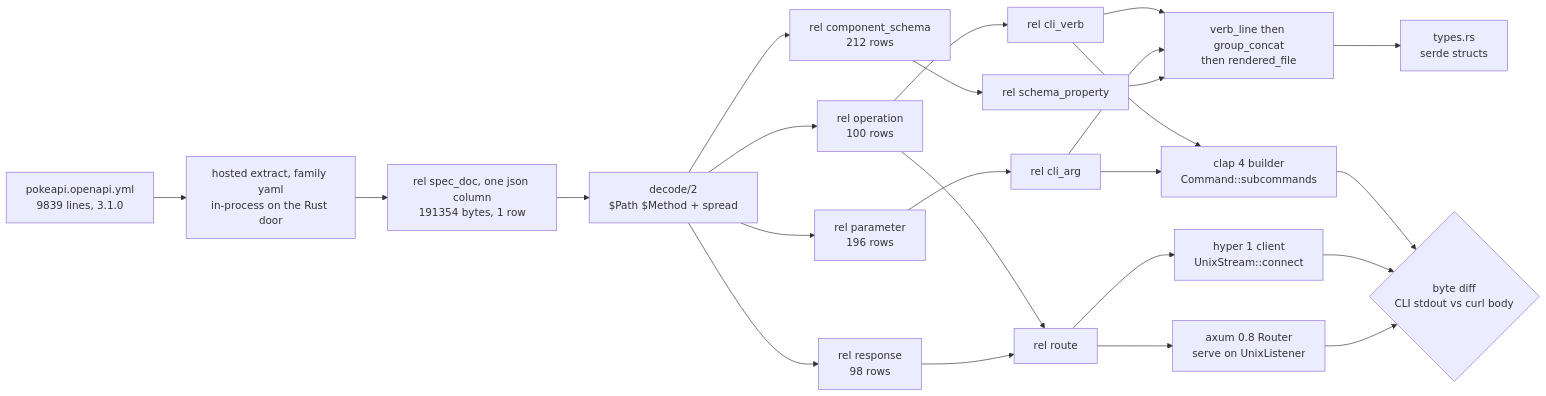
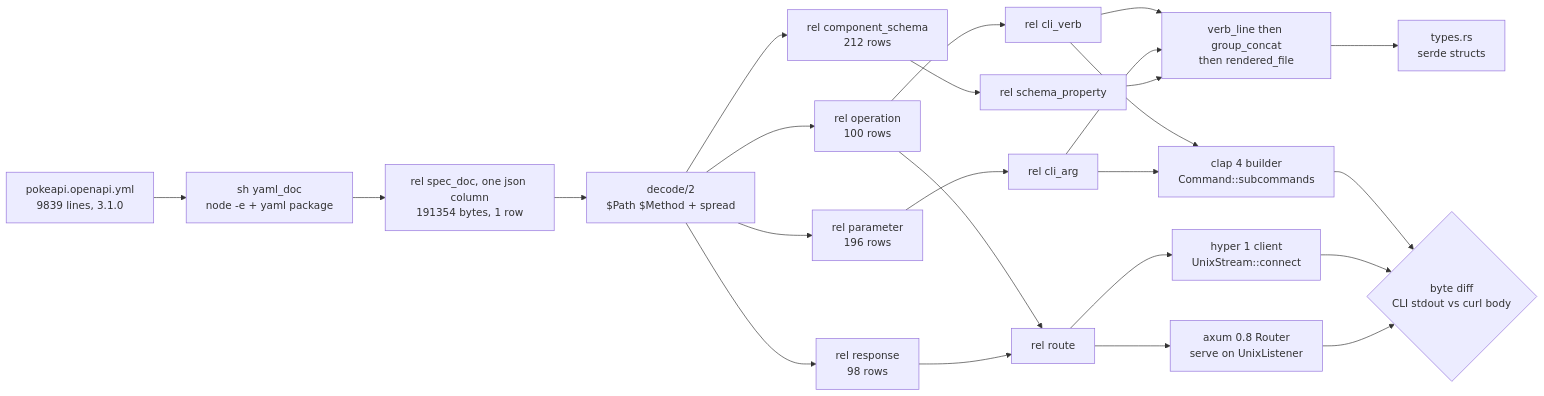
The diagram in plans/2026-08-17-openapi-clap-uds.PLAN.md (hafley66/sprefa), drawn with Mermaid before and after one commit. The commit also changed other lines of this file and 1 other file, not shown here.

Commit message:
plan: yaml->json is one plain sh host over the TS runtime's yaml dep

````diff
--- a/plans/2026-08-17-openapi-clap-uds.PLAN.md
+++ b/plans/2026-08-17-openapi-clap-uds.PLAN.md
@@ -315,41 +315,41 @@
 ```mermaid
 flowchart LR
   YML["pokeapi.openapi.yml<br/>9839 lines, 3.1.0"]
-  HOST["hosted extract, family yaml<br/>in-process on the Rust door"]
+  HOST["sh yaml_doc<br/>node -e + yaml package"]
   DOC["rel spec_doc, one json column<br/>191354 bytes, 1 row"]
 
   YML --> HOST --> DOC
 
   DEC["decode/2<br/>$Path $Method + spread"]
   DOC --> DEC
 
   OP["rel operation<br/>100 rows"]
   PA["rel parameter<br/>196 rows"]
   RS["rel response<br/>98 rows"]
   CS["rel component_schema<br/>212 rows"]
   DEC --> OP & PA & RS & CS
 
   VERB["rel cli_verb"]
   ARG["rel cli_arg"]
   ROUTE["rel route"]
   OP --> VERB & ROUTE
   PA --> ARG
   RS --> ROUTE
   CS --> TYPES["rel schema_property"]
 
   LINE["verb_line then group_concat<br/>then rendered_file"]
   VERB & ARG & TYPES --> LINE
 
   CLAP["clap 4 builder<br/>Command::subcommands"]
   AXUM["axum 0.8 Router<br/>serve on UnixListener"]
   CLIENT["hyper 1 client<br/>UnixStream::connect"]
   VERB & ARG --> CLAP
   ROUTE --> AXUM
   ROUTE --> CLIENT
   LINE --> RSFILE["types.rs<br/>serde structs"]
 
   DIFF{"byte diff<br/>CLI stdout vs curl body"}
   CLAP --> DIFF
   CLIENT --> DIFF
   AXUM --> DIFF
 ```
````
